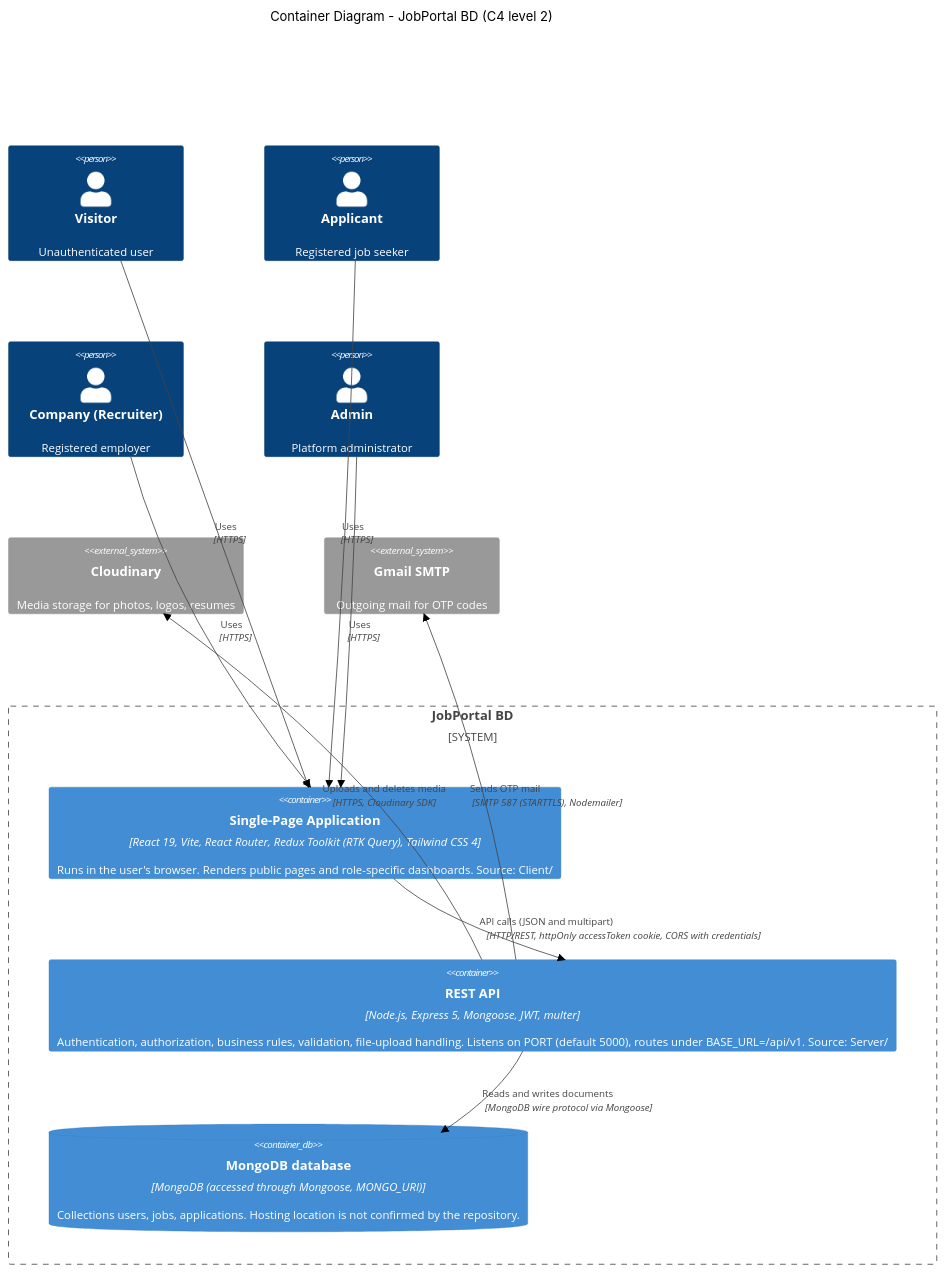
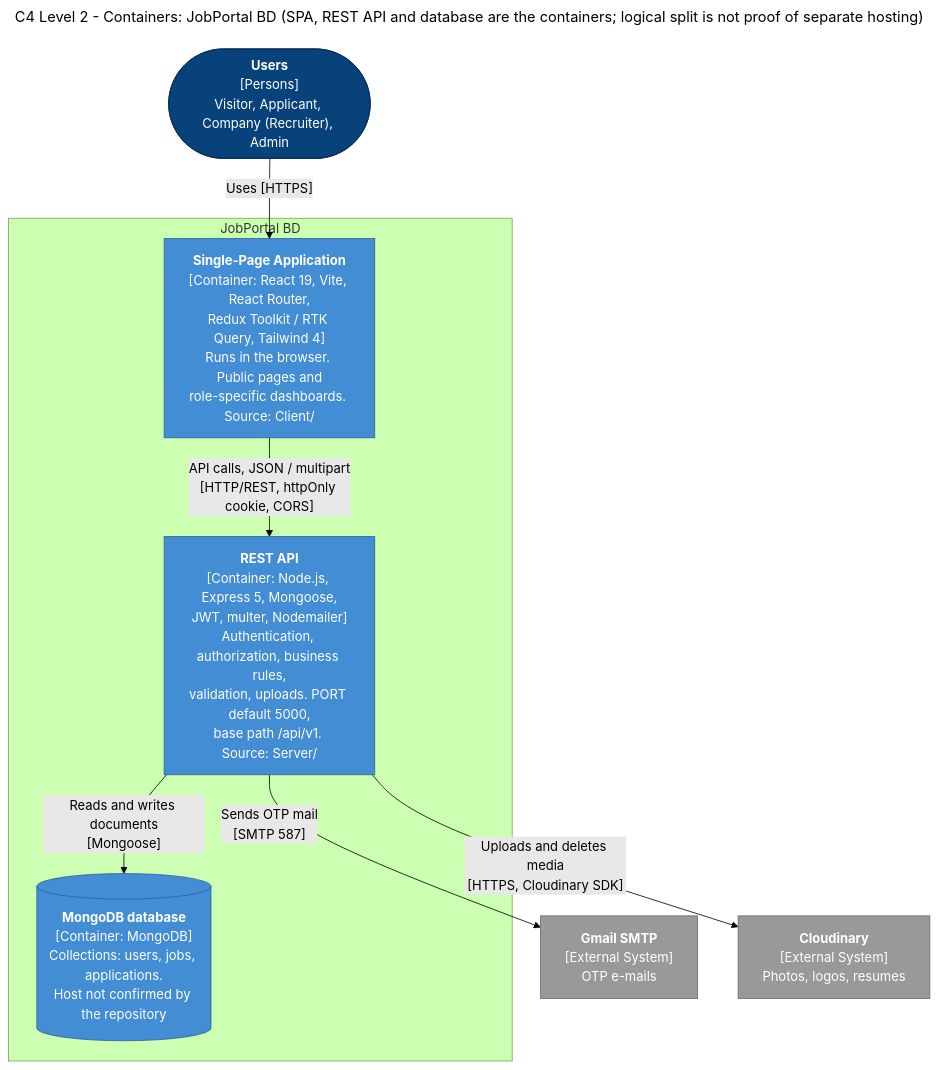
Before and after one commit to kaushikrajkamal-16/node-2601-exam: the diagram in docs/diagrams/c4-container.mmd, drawn with Mermaid (forest theme). The commit also changed 61 other files, not shown here.

First line of the commit message:
docs: validate, fix and render all diagrams

```diff
--- a/docs/diagrams/c4-container.mmd
+++ b/docs/diagrams/c4-container.mmd
@@ -1,25 +1,27 @@
-C4Container
-    title Container Diagram - JobPortal BD (C4 level 2)
+---
+title: "C4 Level 2 - Containers: JobPortal BD (SPA, REST API and database are the containers; logical split is not proof of separate hosting)"
+---
+flowchart TB
+    users(["<b>Users</b><br/>[Persons]<br/>Visitor, Applicant, Company (Recruiter), Admin"])
 
-    Person(visitor, "Visitor", "Unauthenticated user")
-    Person(applicant, "Applicant", "Registered job seeker")
-    Person(company, "Company (Recruiter)", "Registered employer")
-    Person(admin, "Admin", "Platform administrator")
+    subgraph boundary["JobPortal BD"]
+        spa["<b>Single-Page Application</b><br/>[Container: React 19, Vite, React Router,<br/>Redux Toolkit / RTK Query, Tailwind 4]<br/>Runs in the browser. Public pages and<br/>role-specific dashboards. Source: Client/"]
+        api["<b>REST API</b><br/>[Container: Node.js, Express 5, Mongoose,<br/>JWT, multer, Nodemailer]<br/>Authentication, authorization, business rules,<br/>validation, uploads. PORT default 5000,<br/>base path /api/v1. Source: Server/"]
+        db[("<b>MongoDB database</b><br/>[Container: MongoDB]<br/>Collections: users, jobs, applications.<br/>Host not confirmed by the repository")]
+    end
 
-    System_Boundary(sysb, "JobPortal BD") {
-        Container(spa, "Single-Page Application", "React 19, Vite, React Router, Redux Toolkit (RTK Query), Tailwind CSS 4", "Runs in the user's browser. Renders public pages and role-specific dashboards. Source: Client/")
-        Container(api, "REST API", "Node.js, Express 5, Mongoose, JWT, multer", "Authentication, authorization, business rules, validation, file-upload handling. Listens on PORT (default 5000), routes under BASE_URL=/api/v1. Source: Server/")
-        ContainerDb(db, "MongoDB database", "MongoDB (accessed through Mongoose, MONGO_URI)", "Collections users, jobs, applications. Hosting location is not confirmed by the repository.")
-    }
+    smtp["<b>Gmail SMTP</b><br/>[External System]<br/>OTP e-mails"]
+    cloud["<b>Cloudinary</b><br/>[External System]<br/>Photos, logos, resumes"]
 
-    System_Ext(cloudinary, "Cloudinary", "Media storage for photos, logos, resumes")
-    System_Ext(smtp, "Gmail SMTP", "Outgoing mail for OTP codes")
+    users -- "Uses [HTTPS]" --> spa
+    spa -- "API calls, JSON / multipart<br/>[HTTP/REST, httpOnly cookie, CORS]" --> api
+    api -- "Reads and writes documents<br/>[Mongoose]" --> db
+    api -- "Sends OTP mail<br/>[SMTP 587]" --> smtp
+    api -- "Uploads and deletes media<br/>[HTTPS, Cloudinary SDK]" --> cloud
 
-    Rel(visitor, spa, "Uses", "HTTPS")
-    Rel(applicant, spa, "Uses", "HTTPS")
-    Rel(company, spa, "Uses", "HTTPS")
-    Rel(admin, spa, "Uses", "HTTPS")
-    Rel(spa, api, "API calls (JSON and multipart)", "HTTP/REST, httpOnly accessToken cookie, CORS with credentials")
-    Rel(api, db, "Reads and writes documents", "MongoDB wire protocol via Mongoose")
-    Rel(api, cloudinary, "Uploads and deletes media", "HTTPS, Cloudinary SDK")
-    Rel(api, smtp, "Sends OTP mail", "SMTP 587 (STARTTLS), Nodemailer")
+    classDef person fill:#08427b,stroke:#052e56,color:#fff;
+    classDef cont fill:#438dd5,stroke:#2e6295,color:#fff;
+    classDef ext fill:#999,stroke:#6b6b6b,color:#fff;
+    class users person;
+    class spa,api,db cont;
+    class smtp,cloud ext;
```
